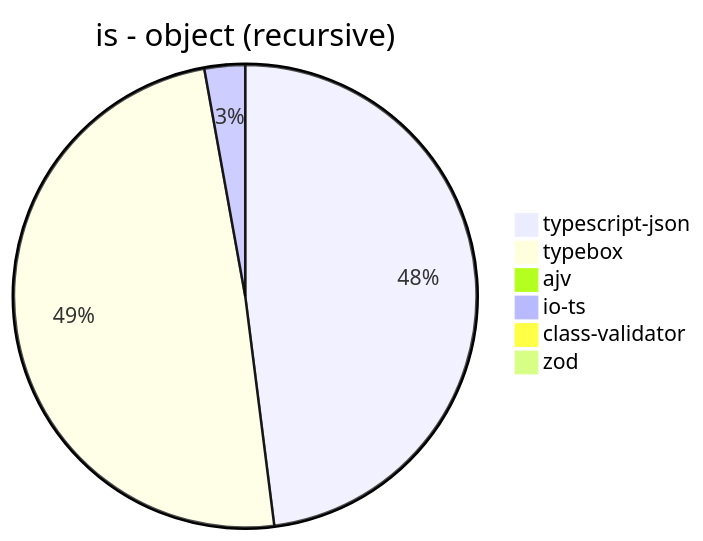
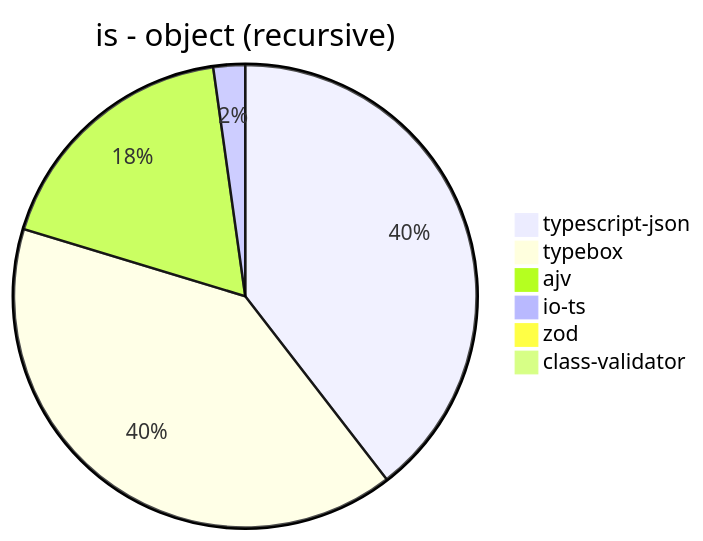
One commit to samchon/typia changed the second of 39 diagrams in benchmark/results/AMD Ryzen 9 5900HX with Radeon Graphics.md. Above: the diagram before and after it, drawn with Mermaid. The commit also changed other lines of this file and 3 other files, not shown here.

````diff
--- a/benchmark/results/AMD Ryzen 9 5900HX with Radeon Graphics.md
+++ b/benchmark/results/AMD Ryzen 9 5900HX with Radeon Graphics.md
@@ -32,9 +32,9 @@
 ```mermaid
 pie title is - object (recursive)
-  "typescript-json": 84088.05147058822
-  "typebox": 86140.84003574621
-  "ajv": 0
-  "io-ts": 4969.303201506592
-  "class-validator": 41.51010914295938
-  "zod": 74.92039707810451
+  "typescript-json": 84733.0141778678
+  "typebox": 86065.1890482399
+  "ajv": 38786
+  "io-ts": 4750.320336811275
+  "zod": 73.49990880904615
+  "class-validator": 43.58353510895884
 ```
````
